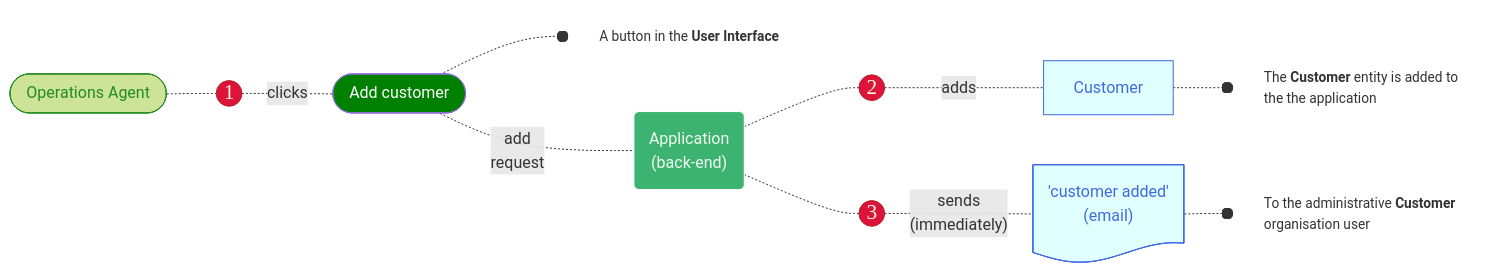
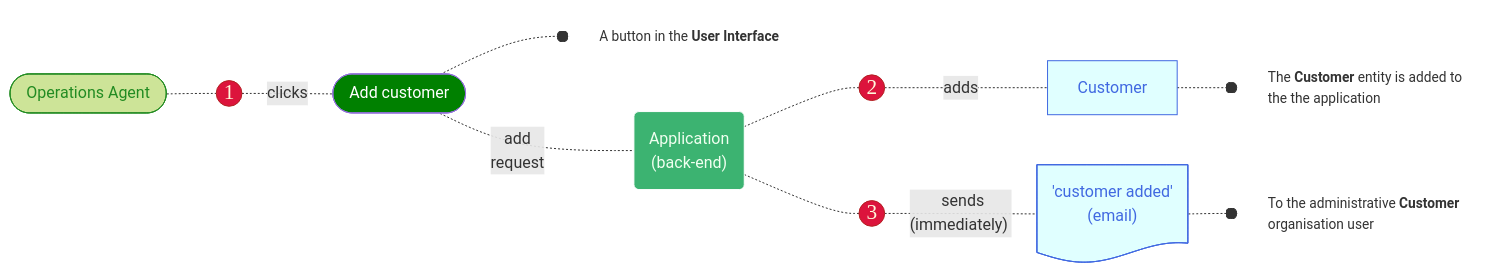
One commit to joe-dorward/samples changed the diagram in 2025_Sage_Playa/mermaid/template_02.md. Above: the diagram before and after it, drawn with Mermaid.

````diff
--- a/2025_Sage_Playa/mermaid/template_02.md
+++ b/2025_Sage_Playa/mermaid/template_02.md
@@ -3,51 +3,51 @@
 ```mermaid
 flowchart LR
 
   %% define styles
   classDef User fill:#cde498, stroke:forestgreen, color:forestgreen;
   classDef Number fill:crimson, color:cornsilk, stroke:firebrick, font-family:verdana, font-size:16pt, padding:10px;
   classDef Button fill:green, color:white;
   classDef Note fill:transparent, stroke:white, text-align:left, font-size: 95%;
 
   classDef Backend fill:mediumseagreen, stroke:white, color:honeydew;
   classDef Entity fill:lightcyan, stroke:royalblue, color:royalblue;
   
   %% ---------- ---------- ---------- ---------- ---------- ---------- ---------- ---------- ---------- ----------
   OPERATIONS_AGENT_01([&nbsp;Operations Agent&nbsp;]):::User
   %% ---------- ---------- ---------- ---------- ---------- ---------- ---------- ---------- ---------- ----------
   1(("1")):::Number
   ADD_CUSTOMER_01([&nbsp;Add customer&nbsp;]):::Button
   ADD_CUSTOMER_01_NOTE["A button in the <b>User Interface</b>"]:::Note
 
   OPERATIONS_AGENT_01-.-
   1-.clicks.-
   ADD_CUSTOMER_01-.-o
   ADD_CUSTOMER_01_NOTE
   %% ---------- ---------- ---------- ---------- ---------- ---------- ---------- ---------- ---------- ----------
   APPLICATION_BACK_END_01("Application<br/>(back-end)"):::Backend
 
   ADD_CUSTOMER_01-.add<br/>request.-
   APPLICATION_BACK_END_01
   %% ---------- ---------- ---------- ---------- ---------- ---------- ---------- ---------- ---------- ----------
   2(("2")):::Number
   CUSTOMER_01["Customer"]:::Entity
   CUSTOMER_01_NOTE["The <b>Customer</b> entity is added to the the application"]:::Note
 
   APPLICATION_BACK_END_01-.-
   2-.adds.-
   CUSTOMER_01-.-o
   CUSTOMER_01_NOTE
   %% ---------- ---------- ---------- ---------- ---------- ---------- ---------- ---------- ---------- ----------
   3(("3")):::Number
   CUSTOMER_ADDED_01@{ shape: doc, label: "'customer added'<br/>(email)"}
   CUSTOMER_ADDED_01_NOTE[To the administrative <b>Customer</b> organisation user]:::Note
 
   APPLICATION_BACK_END_01-.-
-  3-."sends<br/>(immediately)".-
+  3-."&nbsp;sends<br/>(immediately)&nbsp;".-
   CUSTOMER_ADDED_01-.-o
   CUSTOMER_ADDED_01_NOTE
 
   %% ---------- ---------- ---------- ---------- ---------- ---------- ---------- ---------- ---------- ----------
   %% define classes
   class CUSTOMER_ADDED_01 Entity
 ```
````
